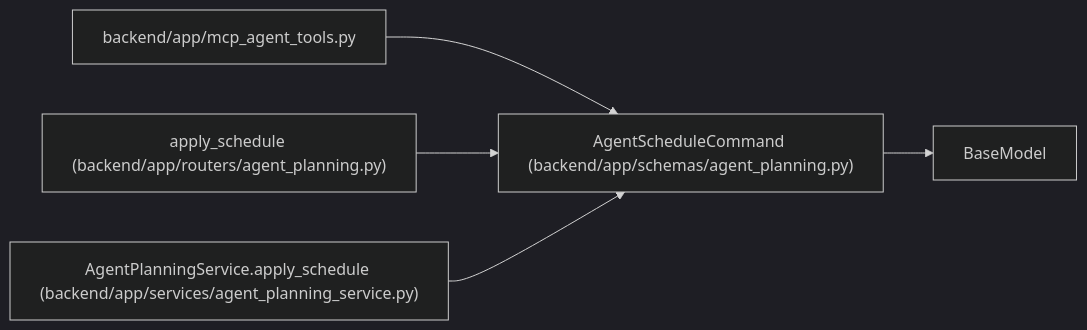
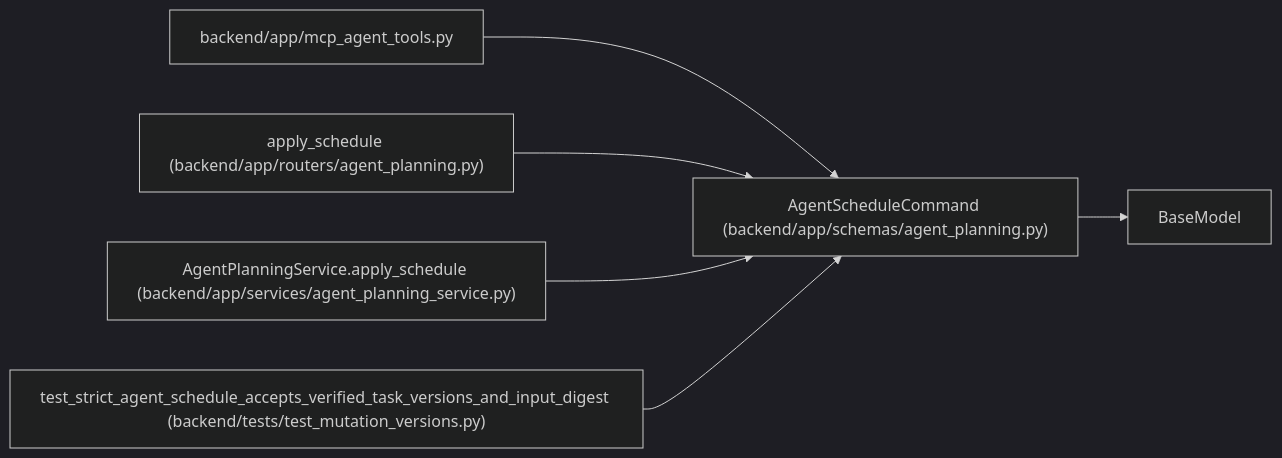
The diagram in docs/llm_wiki/entities/AgentScheduleCommand.md (Denissvgn/WorkChord), drawn with Mermaid (dark theme) before and after one commit. The commit also changed other lines of this file and 6624 other files, not shown here.

First line of the commit message:
Add verified Android workflows and external-agent execution evidence (#8)

````diff
--- a/docs/llm_wiki/entities/AgentScheduleCommand.md
+++ b/docs/llm_wiki/entities/AgentScheduleCommand.md
@@ -40,16 +40,19 @@
 ```mermaid
 flowchart LR
     n0["AgentScheduleCommand (backend/app/schemas/agent_planning.py)"]
     n1["BaseModel"]
     n2["backend/app/mcp_agent_tools.py"]
     n3["apply_schedule (backend/app/routers/agent_planning.py)"]
     n4["AgentPlanningService.apply_schedule (backend/app/services/agent_planning_service.py)"]
+    n5["test_strict_agent_schedule_accepts_verified_task_versions_and_input_digest (backend/tests/test_mutation_versions.py)"]
     n0 --> n1
     n2 --> n0
     n3 --> n0
     n4 --> n0
+    n5 --> n0
     click n0 "../modules/schemas_agent_planning.md"
     click n2 "../modules/mcp_agent_tools.md"
     click n3 "../modules/routers_agent_planning.md"
     click n4 "../modules/agent_planning_service.md"
+    click n5 "../modules/test_mutation_versions.md"
 ```
````
